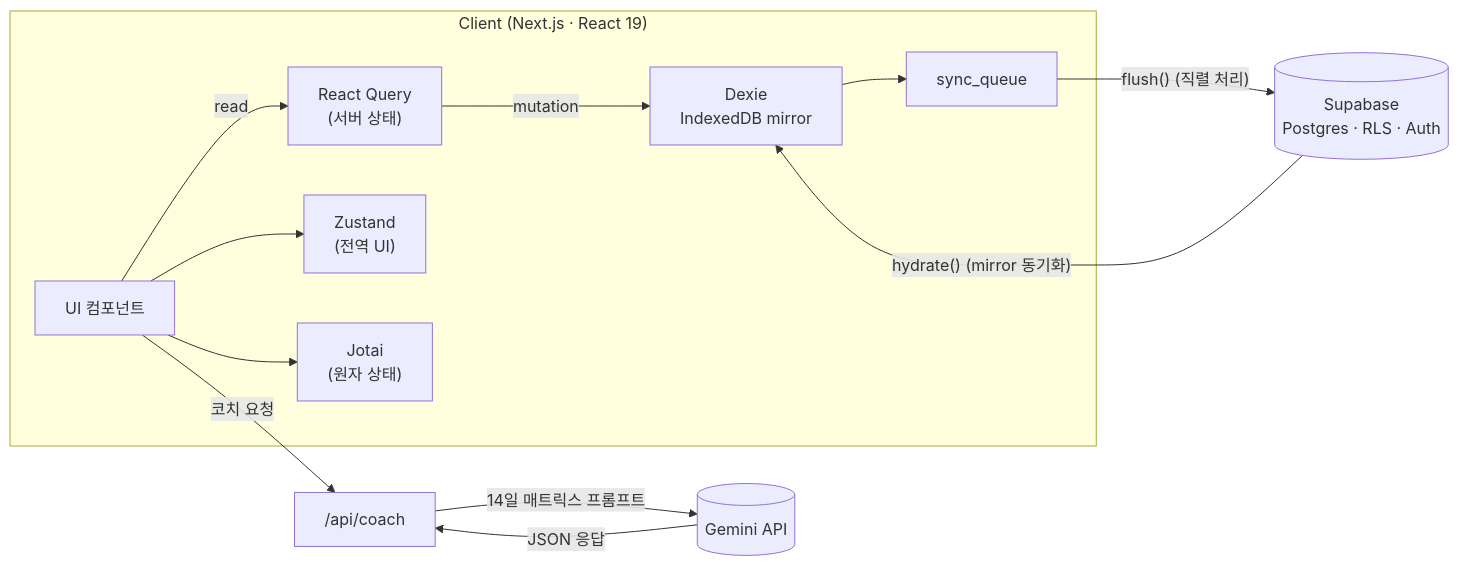
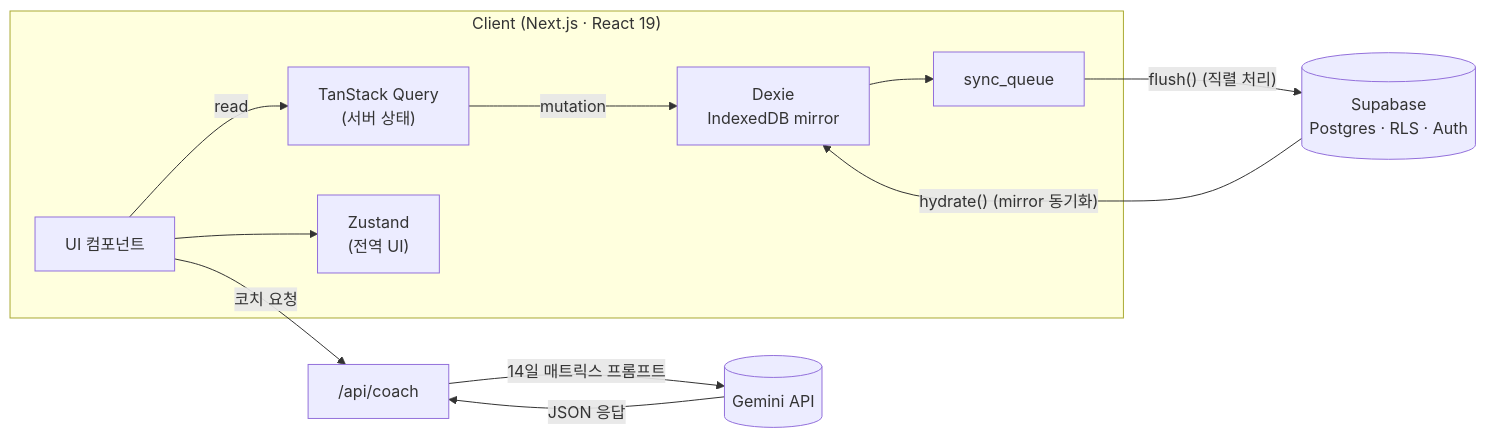
Before and after one commit to mulddang2/habit-tracker: the diagram in README.md, drawn with Mermaid. The commit also changed other lines of this file and 17 other files, not shown here.

````diff
--- a/README.md
+++ b/README.md
@@ -113,26 +113,24 @@
 ```mermaid
 flowchart LR
     subgraph Client["Client (Next.js · React 19)"]
         UI["UI 컴포넌트"]
-        RQ["React Query<br/>(서버 상태)"]
+        RQ["TanStack Query<br/>(서버 상태)"]
         Z["Zustand<br/>(전역 UI)"]
-        J["Jotai<br/>(원자 상태)"]
         Dexie["Dexie<br/>IndexedDB mirror"]
         Queue["sync_queue"]
     end
 
     Supabase[("Supabase<br/>Postgres · RLS · Auth")]
     Coach["/api/coach"]
     Gemini[("Gemini API")]
 
     UI -->|read| RQ
     UI --> Z
-    UI --> J
     RQ -->|"mutation"| Dexie
     Dexie --> Queue
     Queue -->|"flush() (직렬 처리)"| Supabase
     Supabase -->|"hydrate() (mirror 동기화)"| Dexie
     UI -->|"코치 요청"| Coach
     Coach -->|"14일 매트릭스 프롬프트"| Gemini
     Gemini -->|"JSON 응답"| Coach
 ```
````
